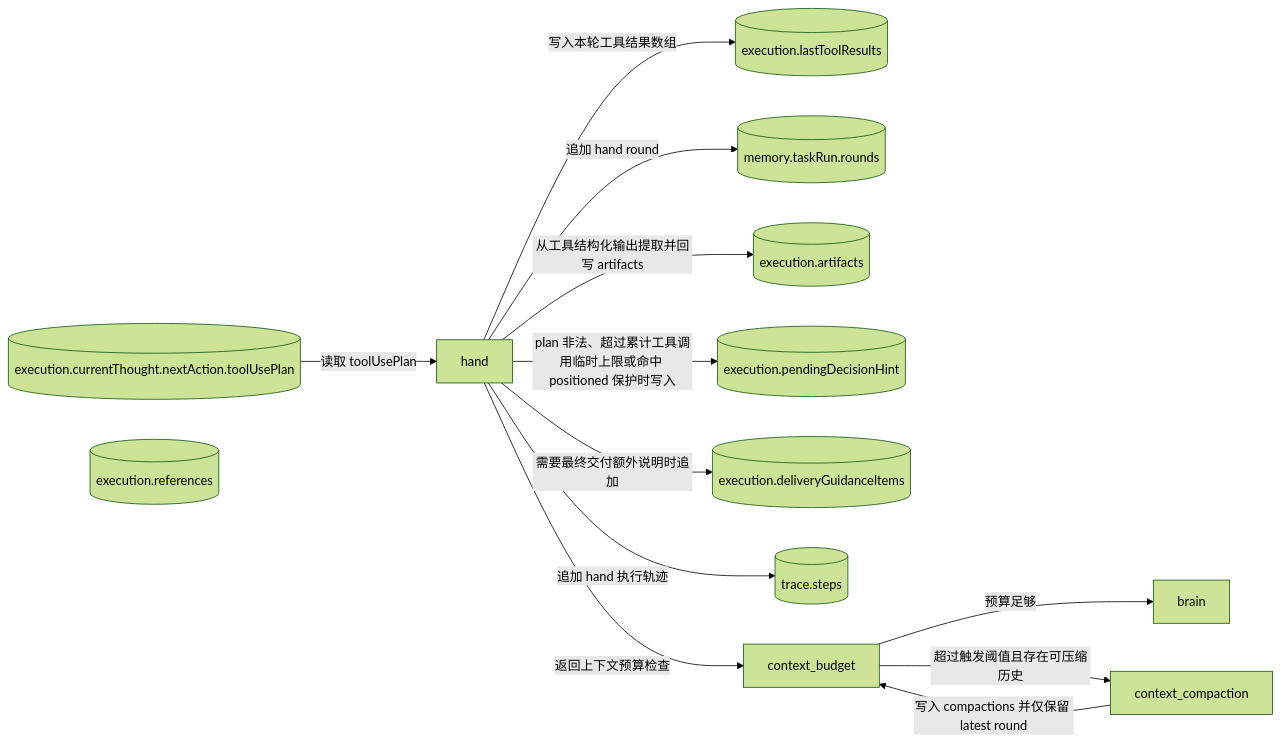
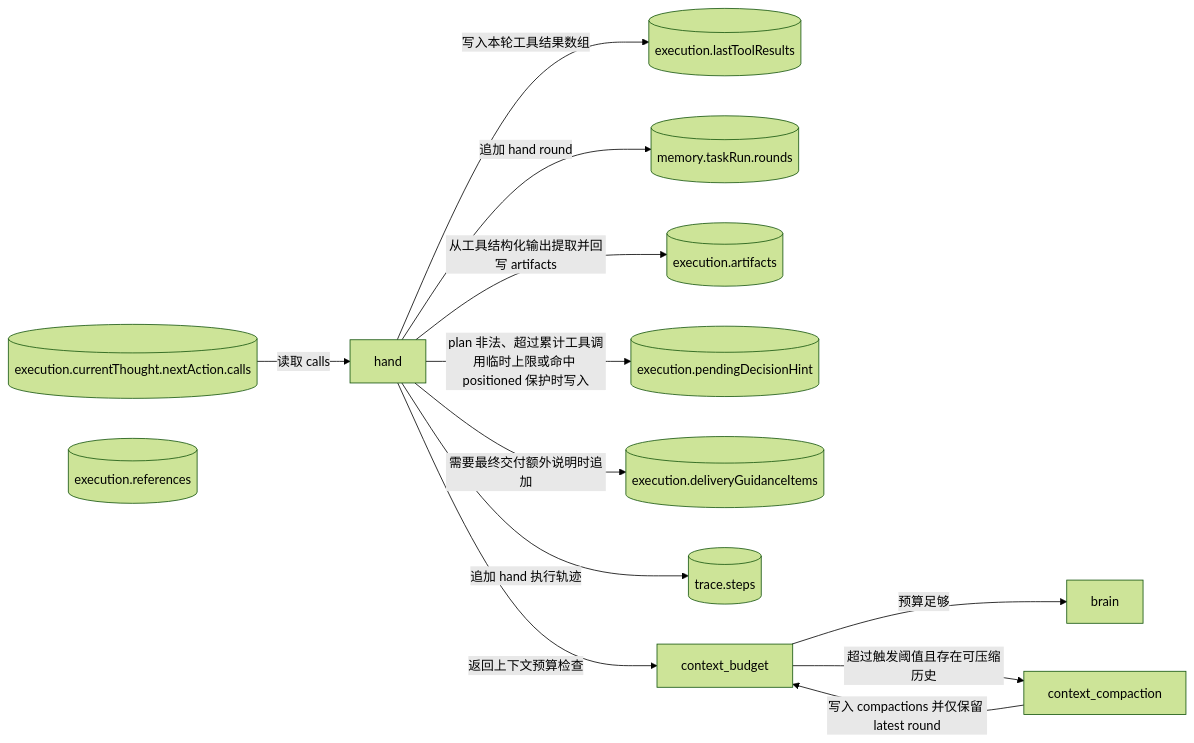
The fourth of 5 diagrams in doc/ai-design/data-definition-and-flow.md (Yoan98/Ncurator), drawn with Mermaid (forest theme) before and after one commit. The commit also changed other lines of this file and 42 other files, not shown here.

First line of the commit message:
Refactor hand execution logic to remove toolUsePlan structure and enforce sequential execution in tests

````diff
--- a/doc/ai-design/data-definition-and-flow.md
+++ b/doc/ai-design/data-definition-and-flow.md
@@ -1169,27 +1158,27 @@
 ```mermaid
 flowchart LR
-    CD[("execution.currentThought.nextAction.toolUsePlan")]
+    CD[("execution.currentThought.nextAction.calls")]
     H["hand"]
     LTR[("execution.lastToolResults")]
     PM[("memory.taskRun.rounds")]
     A[("execution.artifacts")]
     RF[("execution.references")]
     WH[("execution.pendingDecisionHint")]
     DG[("execution.deliveryGuidanceItems")]
     TR[("trace.steps")]
     CB["context_budget"]
     MC["context_compaction"]
     B["brain"]
 
-    CD -->|读取 toolUsePlan| H
+    CD -->|读取 calls| H
     H -->|写入本轮工具结果数组| LTR
     H -->|追加 hand round| PM
     H -->|从工具结构化输出提取并回写 artifacts| A
     H -->|plan 非法、超过累计工具调用临时上限或命中 positioned 保护时写入| WH
     H -->|需要最终交付额外说明时追加| DG
     H -->|追加 hand 执行轨迹| TR
     H -->|返回上下文预算检查| CB
     CB -->|预算足够| B
     CB -->|超过触发阈值且存在可压缩历史| MC
     MC -->|写入 compactions 并仅保留 latest round| CB
 ```
````
